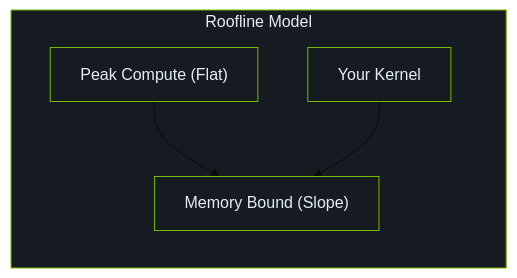
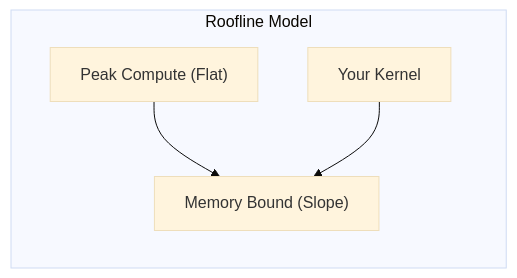
One commit to LessUp/cuda-kernel-academy changed the diagram in docs/zh/modules/04/performance-tuning.md. Above: the diagram before and after it, drawn with Mermaid (base theme). The commit also changed 45 other files, not shown here.

````diff
--- a/docs/zh/modules/04/performance-tuning.md
+++ b/docs/zh/modules/04/performance-tuning.md
@@ -25,13 +25,9 @@
 ```mermaid
 flowchart LR
     subgraph Roofline["Roofline Model"]
         direction TB
         Peak["Peak Compute (Flat)"] --> Slope["Memory Bound (Slope)"]
         Kernel["Your Kernel"] --> Slope
     end
 
-    style Roofline fill:#161b22,stroke:#76B900,color:#e6edf3
-    style Peak fill:#161b22,stroke:#76B900,color:#e6edf3
-    style Slope fill:#161b22,stroke:#76B900,color:#e6edf3
-    style Kernel fill:#161b22,stroke:#76B900,color:#e6edf3
 ```
````
